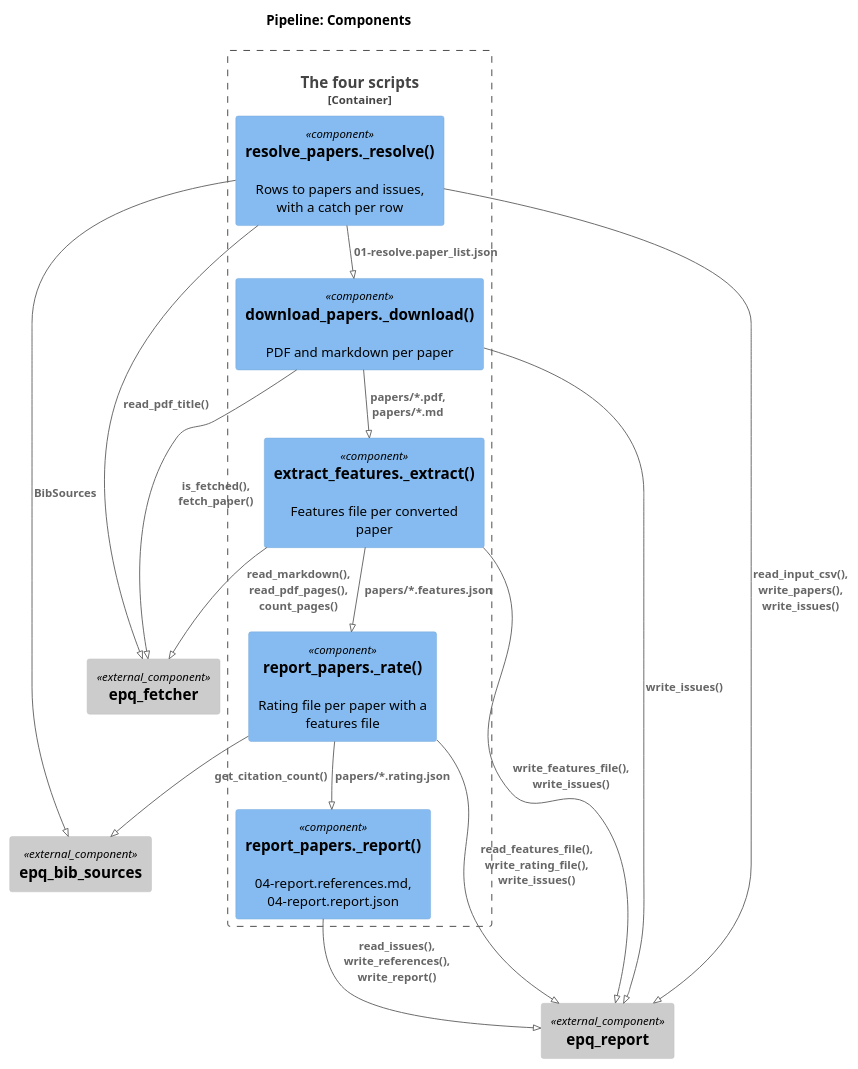
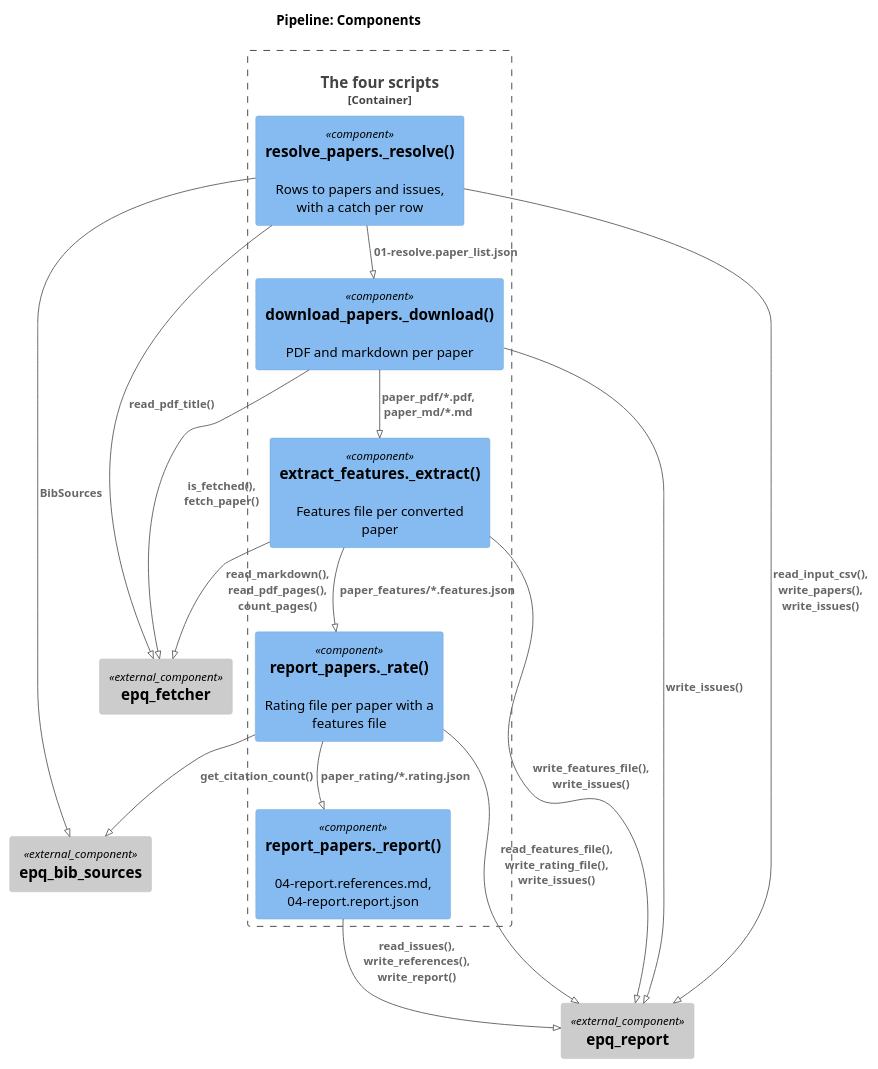
The diagram in research/Estimate_academic_paper_quality/docs/02.1-design.pipeline.md (gpsaggese/gpsaggese.github.io), drawn with PlantUML before and after one commit. The commit also changed other lines of this file and 27 other files, not shown here.

````diff
--- a/research/Estimate_academic_paper_quality/docs/02.1-design.pipeline.md
+++ b/research/Estimate_academic_paper_quality/docs/02.1-design.pipeline.md
@@ -40,30 +40,30 @@
 ```plantuml
 !pragma layout smetana
 !include <C4/C4_Component>
 LAYOUT_TOP_DOWN()
 title Pipeline: Components
 Container_Boundary(p, "The four scripts") {
   Component(res, "resolve_papers._resolve()", "", "Rows to papers and issues, with a catch per row")
   Component(dl, "download_papers._download()", "", "PDF and markdown per paper")
   Component(ex, "extract_features._extract()", "", "Features file per converted paper")
   Component(rate, "report_papers._rate()", "", "Rating file per paper with a features file")
   Component(rep, "report_papers._report()", "", "04-report.references.md, 04-report.report.json")
 }
 Component_Ext(fetcher, "epq_fetcher", "", "")
 Component_Ext(report, "epq_report", "", "")
 Component_Ext(bib, "epq_bib_sources", "", "")
 Rel(res, dl, "01-resolve.paper_list.json")
-Rel(dl, ex, "papers/*.pdf, papers/*.md")
-Rel(ex, rate, "papers/*.features.json")
-Rel(rate, rep, "papers/*.rating.json")
+Rel(dl, ex, "paper_pdf/*.pdf, paper_md/*.md")
+Rel(ex, rate, "paper_features/*.features.json")
+Rel(rate, rep, "paper_rating/*.rating.json")
 Rel(res, fetcher, "read_pdf_title()")
 Rel(res, bib, "BibSources")
 Rel(dl, fetcher, "is_fetched(), fetch_paper()")
 Rel(ex, fetcher, "read_markdown(), read_pdf_pages(), count_pages()")
 Rel(rate, bib, "get_citation_count()")
 Rel(res, report, "read_input_csv(), write_papers(), write_issues()")
 Rel(dl, report, "write_issues()")
 Rel(ex, report, "write_features_file(), write_issues()")
 Rel(rate, report, "read_features_file(), write_rating_file(), write_issues()")
 Rel(rep, report, "read_issues(), write_references(), write_report()")
 ```
````
